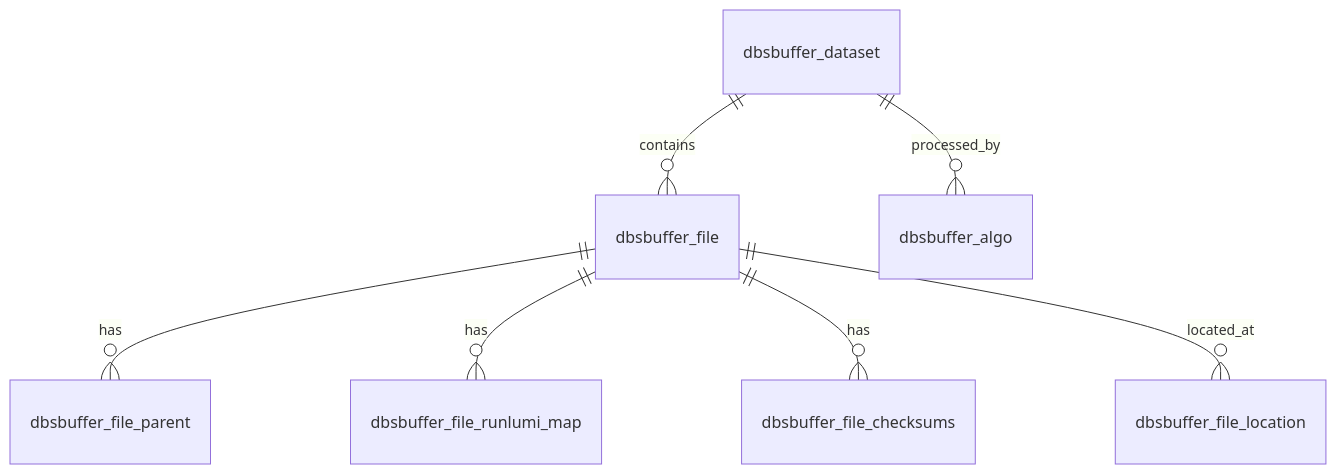
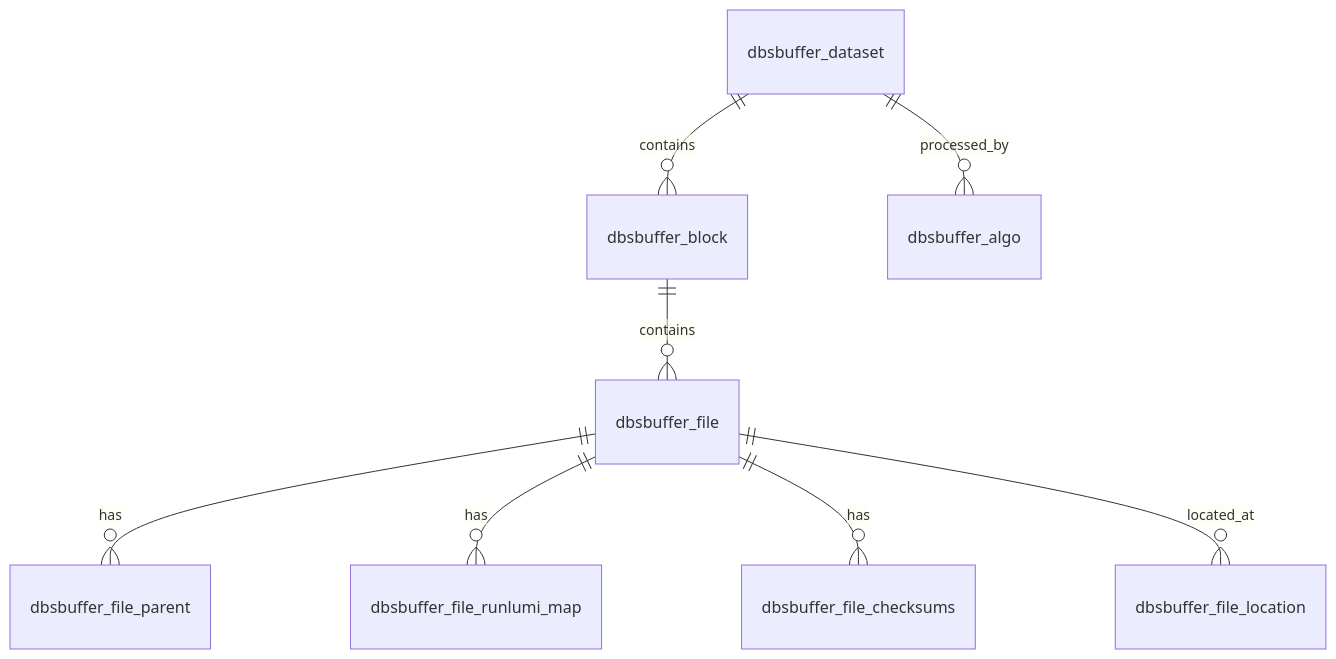
Before and after one commit to dmwm/wmcoredb: the sixth of 9 diagrams in diagrams/wmcoredb_erd.md, drawn with Mermaid. The commit also changed other lines of this file and 2 other files, not shown here.

Commit message:
docs: update ERDs; provide summary of MariaDB schema

````diff
--- a/diagrams/wmcoredb_erd.md
+++ b/diagrams/wmcoredb_erd.md
@@ -89,9 +87,10 @@
 ```mermaid
 erDiagram
+    dbsbuffer_dataset ||--o{ dbsbuffer_block : "contains"
+    dbsbuffer_block ||--o{ dbsbuffer_file : "contains"
     dbsbuffer_file ||--o{ dbsbuffer_file_parent : "has"
     dbsbuffer_file ||--o{ dbsbuffer_file_runlumi_map : "has"
     dbsbuffer_file ||--o{ dbsbuffer_file_checksums : "has"
     dbsbuffer_file ||--o{ dbsbuffer_file_location : "located_at"
-    dbsbuffer_dataset ||--o{ dbsbuffer_file : "contains"
     dbsbuffer_dataset ||--o{ dbsbuffer_algo : "processed_by"
 ```
````
